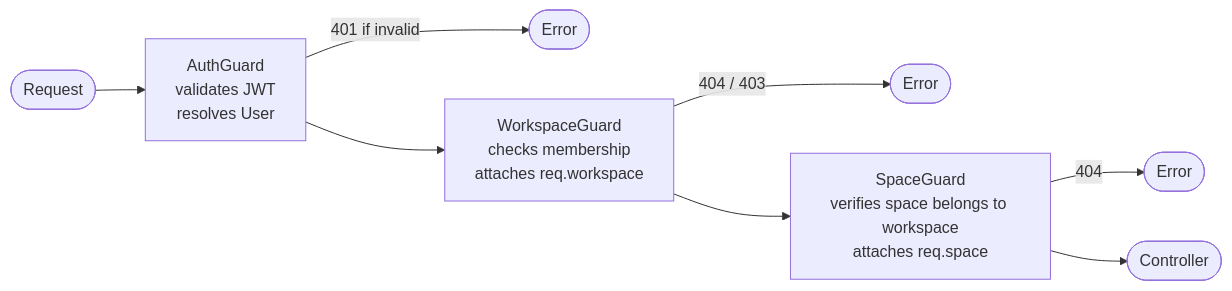
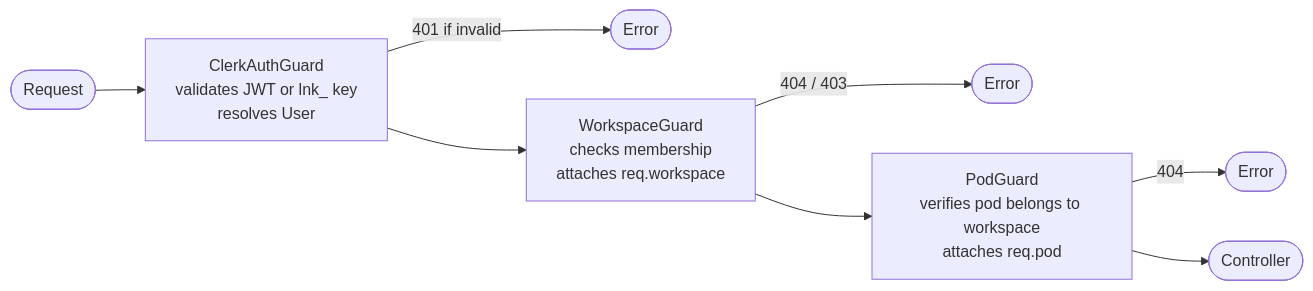
One commit to linea-org/linea-mvp changed the diagram in apps/docs/content/docs/architecture/workspace-space.mdx. Above: the diagram before and after it, drawn with Mermaid. The commit also changed other lines of this file and 209 other files, not shown here.

````diff
--- a/apps/docs/content/docs/architecture/workspace-space.mdx
+++ b/apps/docs/content/docs/architecture/workspace-space.mdx
@@ -81,10 +92,10 @@
 ```mermaid
 flowchart LR
-  Req([Request]) --> AG["AuthGuard\nvalidates JWT\nresolves User"]
+  Req([Request]) --> AG["ClerkAuthGuard\nvalidates JWT or lnk_ key\nresolves User"]
   AG -->|401 if invalid| E1([Error])
   AG --> WG["WorkspaceGuard\nchecks membership\nattaches req.workspace"]
   WG -->|404 / 403| E2([Error])
-  WG --> SG["SpaceGuard\nverifies space belongs to workspace\nattaches req.space"]
-  SG -->|404| E3([Error])
-  SG --> Ctrl([Controller])
+  WG --> PG["PodGuard\nverifies pod belongs to workspace\nattaches req.pod"]
+  PG -->|404| E3([Error])
+  PG --> Ctrl([Controller])
 ```
````
